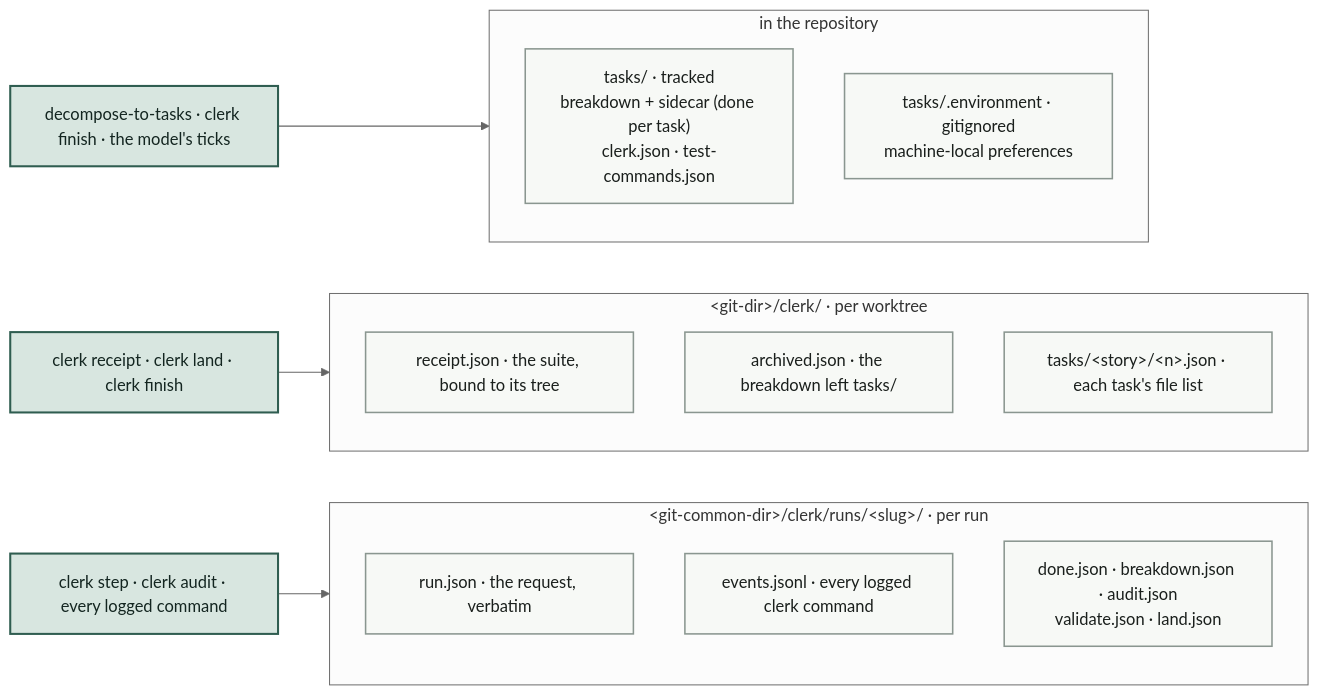
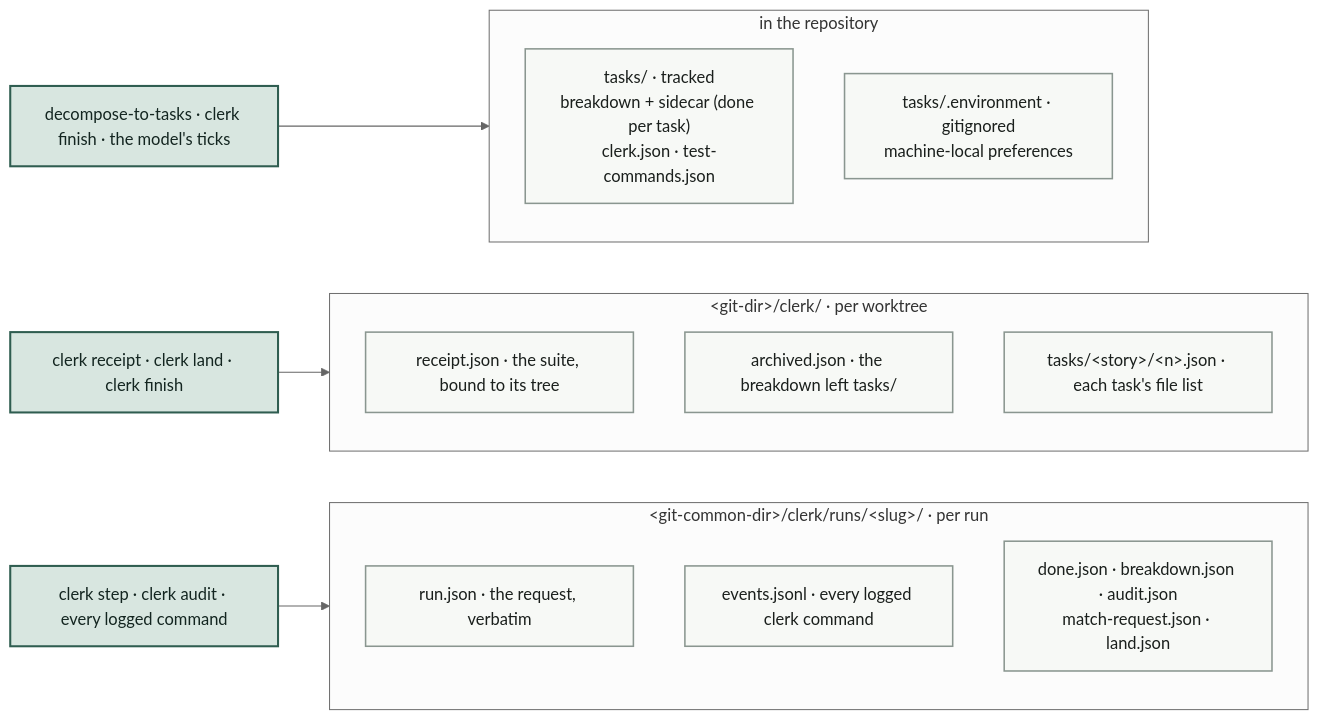
One commit to hpcsc/dotfiles changed the fourth of 5 diagrams in link/common/dot-config/.config/ai/method/README.md. Above: the diagram before and after it, drawn with Mermaid (neutral theme). The commit also changed other lines of this file and 11 other files, not shown here.

First line of the commit message:
Rename the validate step to match-request

````diff
--- a/link/common/dot-config/.config/ai/method/README.md
+++ b/link/common/dot-config/.config/ai/method/README.md
@@ -392,27 +392,27 @@
 ```mermaid
 flowchart LR
   subgraph REPO["in the repository"]
     direction TB
     T1["tasks/ · tracked<br/>breakdown + sidecar (done per task)<br/>clerk.json · test-commands.json"]
     T2["tasks/.environment · gitignored<br/>machine-local preferences"]
   end
   subgraph GD["&lt;git-dir&gt;/clerk/ · per worktree"]
     direction TB
     R1["receipt.json · the suite, bound to its tree"]
     R2["archived.json · the breakdown left tasks/"]
     R3["tasks/&lt;story&gt;/&lt;n&gt;.json · each task's file list"]
   end
   subgraph GC["&lt;git-common-dir&gt;/clerk/runs/&lt;slug&gt;/ · per run"]
     direction TB
     L1["run.json · the request, verbatim"]
     L2["events.jsonl · every logged clerk command"]
-    L3["done.json · breakdown.json · audit.json<br/>validate.json · land.json"]
+    L3["done.json · breakdown.json · audit.json<br/>match-request.json · land.json"]
   end
   W1["decompose-to-tasks · clerk finish · the model's ticks"] --> REPO
   W2["clerk receipt · clerk land · clerk finish"] --> GD
   W3["clerk step · clerk audit · every logged command"] --> GC
   classDef store fill:#F7F9F6,stroke:#8A9690,stroke-width:1.5px,color:#1A1F1C
   classDef clerk fill:#D8E6E0,stroke:#2F5D50,stroke-width:2px,color:#132520
   class T1,T2,R1,R2,R3,L1,L2,L3 store
   class W1,W2,W3 clerk
 ```
````
